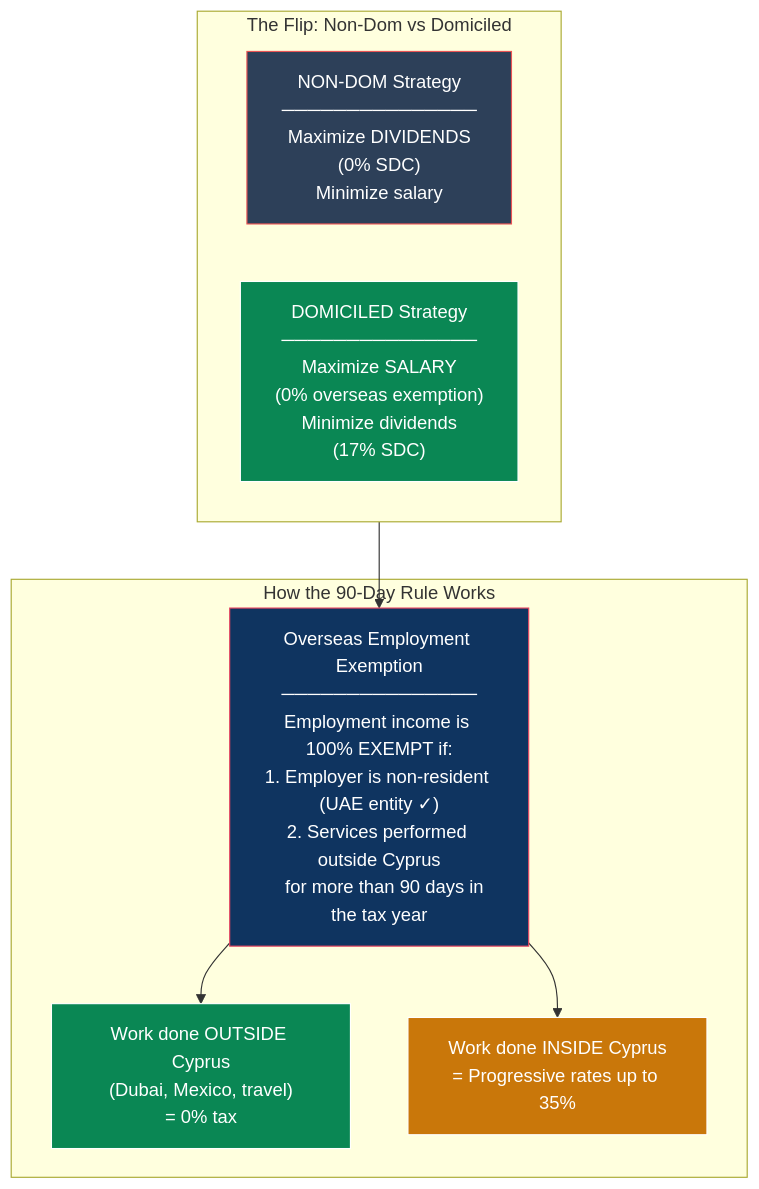
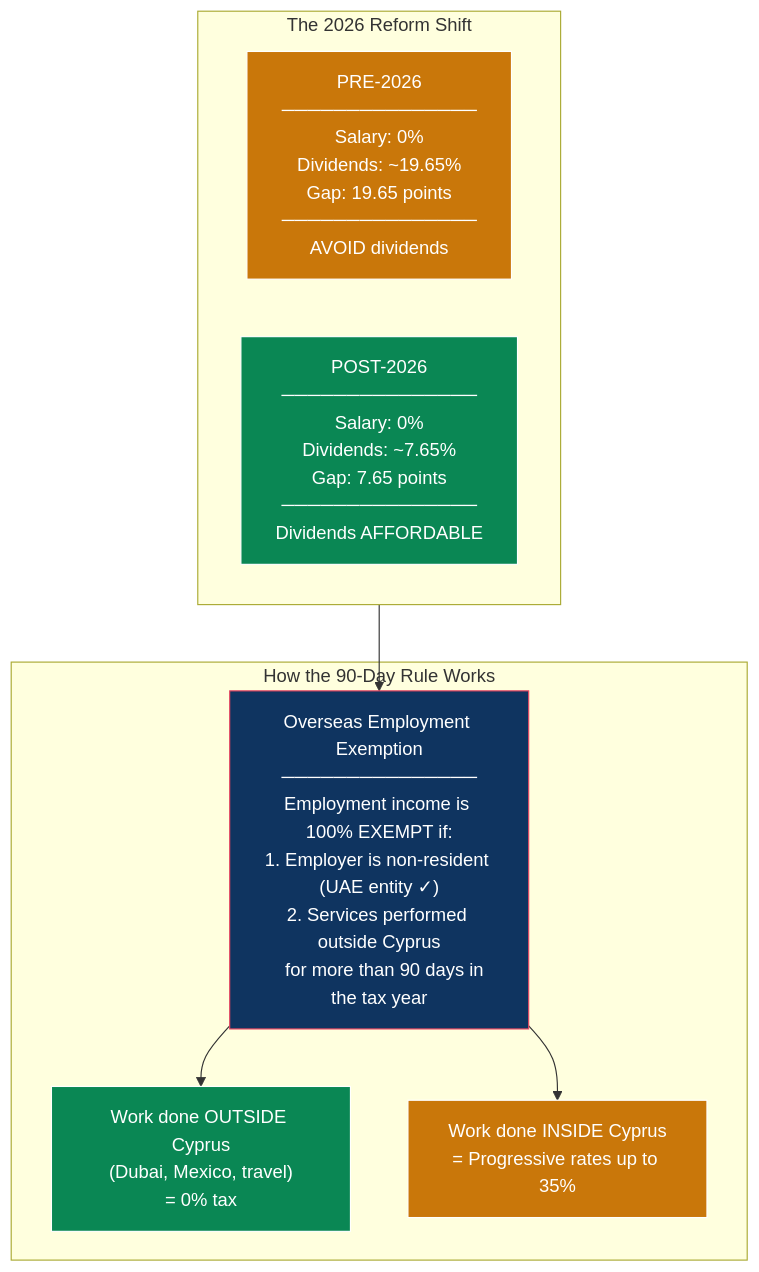
Before and after one commit to Light-Brands/epic-center: the second of 5 diagrams in docs/strategy/CYPRUS_FOUNDER_INTEGRATION.md, drawn with Mermaid. The commit also changed other lines of this file, not shown here.

First line of the commit message:
Update Cyprus strategy with enacted 2026 tax reform and crypto analysis

````diff
--- a/docs/strategy/CYPRUS_FOUNDER_INTEGRATION.md
+++ b/docs/strategy/CYPRUS_FOUNDER_INTEGRATION.md
@@ -81,25 +88,25 @@
 ```mermaid
 graph TB
-    subgraph "The Flip: Non-Dom vs Domiciled"
+    subgraph "The 2026 Reform Shift"
         direction LR
-        NONDOM["NON-DOM Strategy<br/>───────────────<br/>Maximize DIVIDENDS<br/>(0% SDC)<br/>Minimize salary"]
-        DOM["DOMICILED Strategy<br/>───────────────<br/>Maximize SALARY<br/>(0% overseas exemption)<br/>Minimize dividends<br/>(17% SDC)"]
+        OLD["PRE-2026<br/>───────────────<br/>Salary: 0%<br/>Dividends: ~19.65%<br/>Gap: 19.65 points<br/>───────────────<br/>AVOID dividends"]
+        NEW["POST-2026<br/>───────────────<br/>Salary: 0%<br/>Dividends: ~7.65%<br/>Gap: 7.65 points<br/>───────────────<br/>Dividends AFFORDABLE"]
     end
 
     subgraph "How the 90-Day Rule Works"
         RULE["Overseas Employment Exemption<br/>───────────────<br/>Employment income is 100% EXEMPT if:<br/>1. Employer is non-resident (UAE entity ✓)<br/>2. Services performed outside Cyprus<br/>   for more than 90 days in the tax year"]
 
         EXEMPT["Work done OUTSIDE Cyprus<br/>(Dubai, Mexico, travel)<br/>= 0% tax"]
         TAXED["Work done INSIDE Cyprus<br/>= Progressive rates up to 35%"]
     end
 
-    DOM --> RULE
+    NEW --> RULE
     RULE --> EXEMPT
     RULE --> TAXED
 
-    style NONDOM fill:#2d4059,stroke:#ea5455,color:#fff
-    style DOM fill:#0a8754,stroke:#fff,color:#fff
+    style OLD fill:#c9770a,stroke:#fff,color:#fff
+    style NEW fill:#0a8754,stroke:#fff,color:#fff
     style RULE fill:#0f3460,stroke:#e94560,color:#fff
     style EXEMPT fill:#0a8754,stroke:#fff,color:#fff
     style TAXED fill:#c9770a,stroke:#fff,color:#fff
 ```
````
